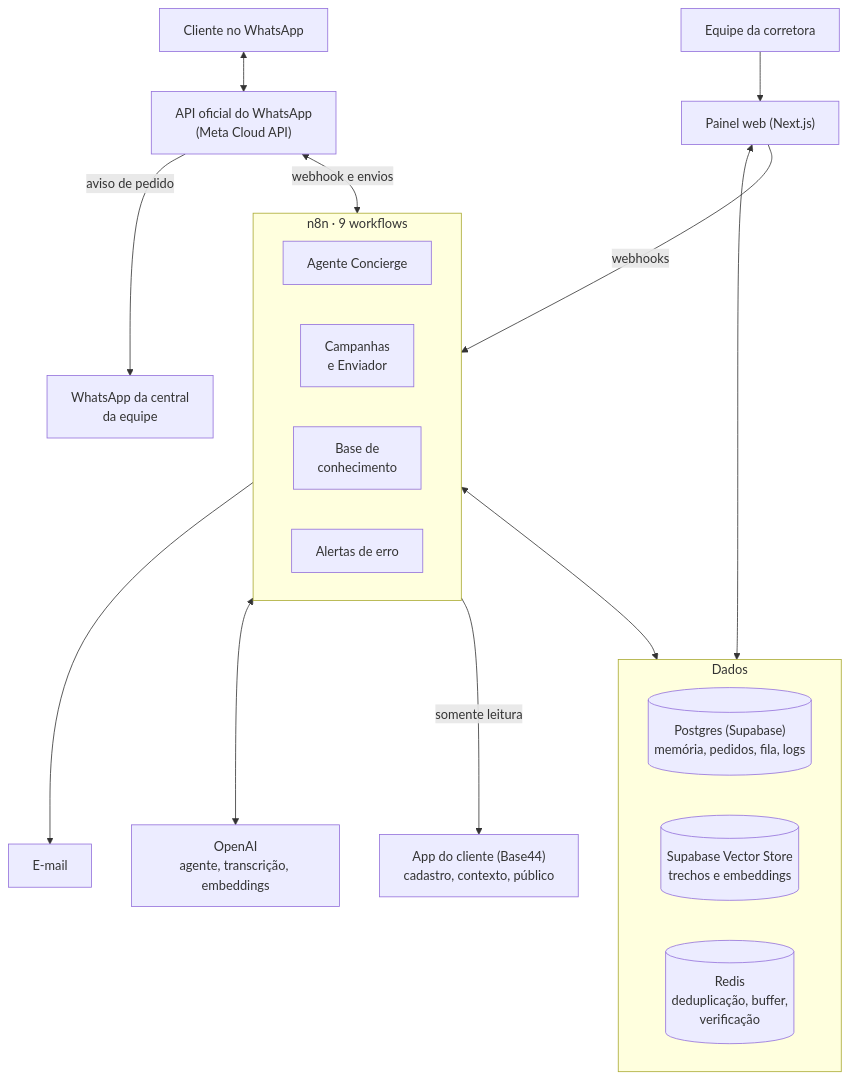
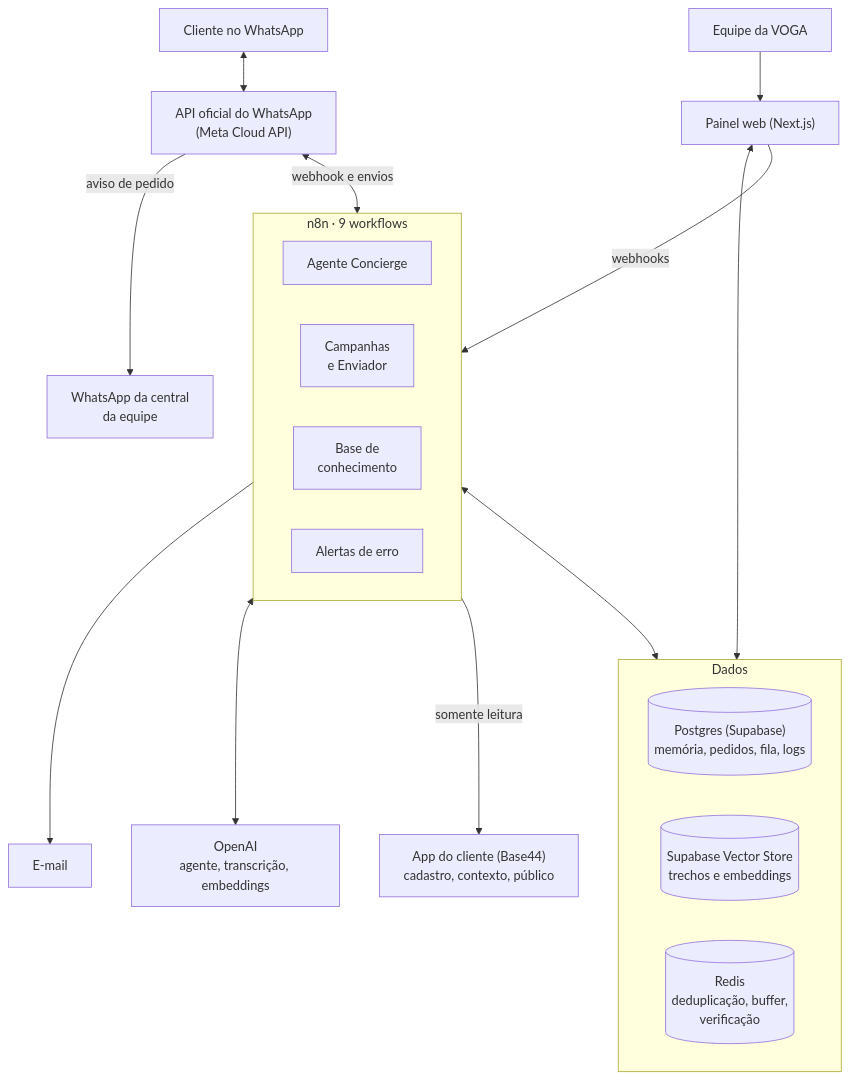
One commit to matheustavares1/ai-agents-portfolio changed the first of 3 diagrams in 01-agente-concierge/README.md. Above: the diagram before and after it, drawn with Mermaid. The commit also changed other lines of this file and 1 other file, not shown here.

First line of the commit message:
Cita a VOGA no agente concierge e prepara a seção do vídeo

````diff
--- a/01-agente-concierge/README.md
+++ b/01-agente-concierge/README.md
@@ -29,30 +27,30 @@
 ```mermaid
 flowchart TB
     C["Cliente no WhatsApp"] <--> META["API oficial do WhatsApp<br/>(Meta Cloud API)"]
     META -- "aviso de pedido" --> CEN["WhatsApp da central<br/>da equipe"]
     META <-- "webhook e envios" --> N8N
 
     subgraph N8N["n8n · 9 workflows"]
         direction LR
         AG["Agente Concierge"]
         CA["Campanhas<br/>e Enviador"]
         KB["Base de<br/>conhecimento"]
         AL["Alertas de erro"]
     end
 
     N8N <--> AI["OpenAI<br/>agente, transcrição, embeddings"]
     N8N -- "somente leitura" --> APP["App do cliente (Base44)<br/>cadastro, contexto, público"]
     N8N <--> DADOS
     AL --> EM["E-mail"]
 
     subgraph DADOS["Dados"]
         direction LR
         PG[("Postgres (Supabase)<br/>memória, pedidos, fila, logs")]
         V[("Supabase Vector Store<br/>trechos e embeddings")]
         R[("Redis<br/>deduplicação, buffer,<br/>verificação")]
     end
 
-    EQ["Equipe da corretora"] --> P["Painel web (Next.js)"]
+    EQ["Equipe da VOGA"] --> P["Painel web (Next.js)"]
     P <--> PG
     P -- "webhooks" --> N8N
 ```
````
